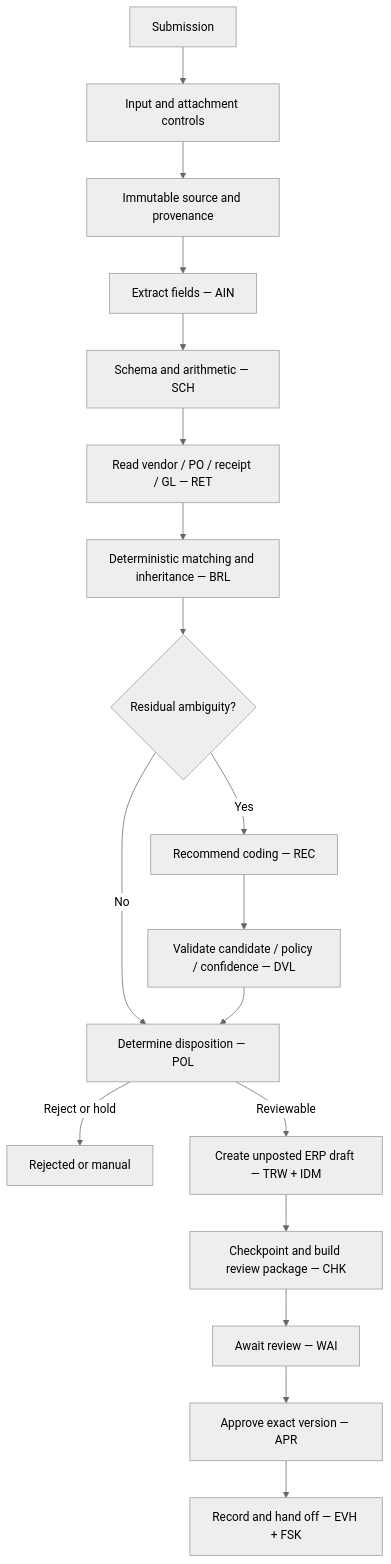
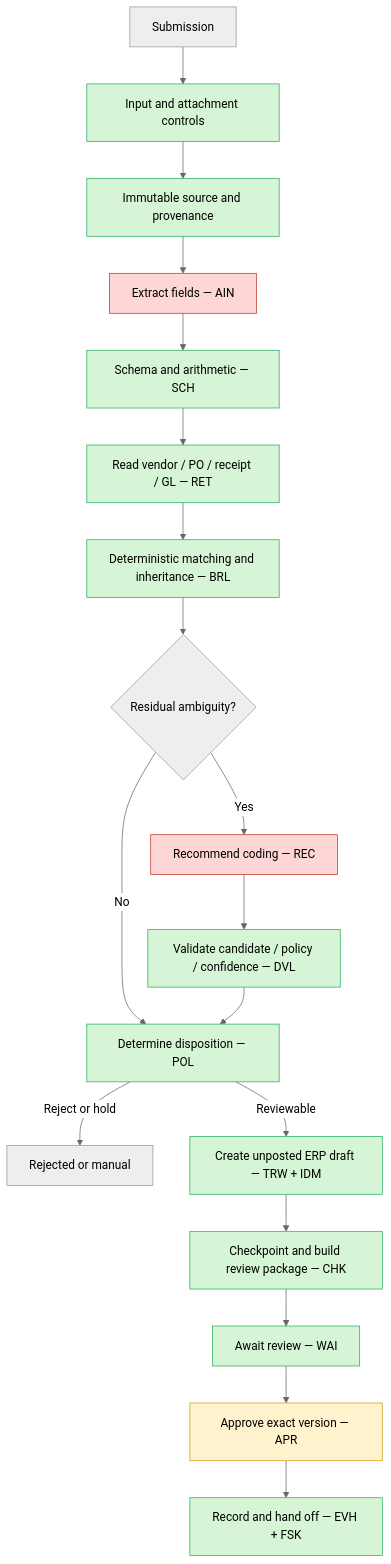
Before and after one commit to aaif/wg-workflows-and-process-integration: the diagram in workstreams/reference-architectures/examples/invoice-processing/solution.md, drawn with Mermaid (neutral theme). The commit also changed other lines of this file and 6 other files, not shown here.

First line of the commit message:
Color-code example diagrams by step authority + bake into recipe

````diff
--- a/workstreams/reference-architectures/examples/invoice-processing/solution.md
+++ b/workstreams/reference-architectures/examples/invoice-processing/solution.md
@@ -9,20 +9,23 @@
 ```mermaid
 flowchart TD
-    A[Submission] --> B[Input and attachment controls]
-    B --> C[Immutable source and provenance]
-    C --> D[Extract fields — AIN]
-    D --> E[Schema and arithmetic — SCH]
-    E --> F[Read vendor / PO / receipt / GL — RET]
-    F --> G[Deterministic matching and inheritance — BRL]
+    A[Submission] --> B[Input and attachment controls]:::deterministic
+    B --> C[Immutable source and provenance]:::deterministic
+    C --> D[Extract fields — AIN]:::model
+    D --> E[Schema and arithmetic — SCH]:::deterministic
+    E --> F[Read vendor / PO / receipt / GL — RET]:::deterministic
+    F --> G[Deterministic matching and inheritance — BRL]:::deterministic
     G --> H{Residual ambiguity?}
-    H -->|No| K[Determine disposition — POL]
-    H -->|Yes| I[Recommend coding — REC]
-    I --> J[Validate candidate / policy / confidence — DVL]
+    H -->|No| K[Determine disposition — POL]:::deterministic
+    H -->|Yes| I[Recommend coding — REC]:::model
+    I --> J[Validate candidate / policy / confidence — DVL]:::deterministic
     J --> K
     K -->|Reject or hold| Z[Rejected or manual]
-    K -->|Reviewable| L[Create unposted ERP draft — TRW + IDM]
-    L --> M[Checkpoint and build review package — CHK]
-    M --> N[Await review — WAI]
-    N --> O[Approve exact version — APR]
-    O --> P[Record and hand off — EVH + FSK]
+    K -->|Reviewable| L[Create unposted ERP draft — TRW + IDM]:::deterministic
+    L --> M[Checkpoint and build review package — CHK]:::deterministic
+    M --> N[Await review — WAI]:::deterministic
+    N --> O[Approve exact version — APR]:::human
+    O --> P[Record and hand off — EVH + FSK]:::deterministic
+    classDef model fill:#ffd6d6,stroke:#c0392b,color:#000
+    classDef deterministic fill:#d6f5d6,stroke:#27ae60,color:#000
+    classDef human fill:#fff3cd,stroke:#d4a017,color:#000
 ```
````
